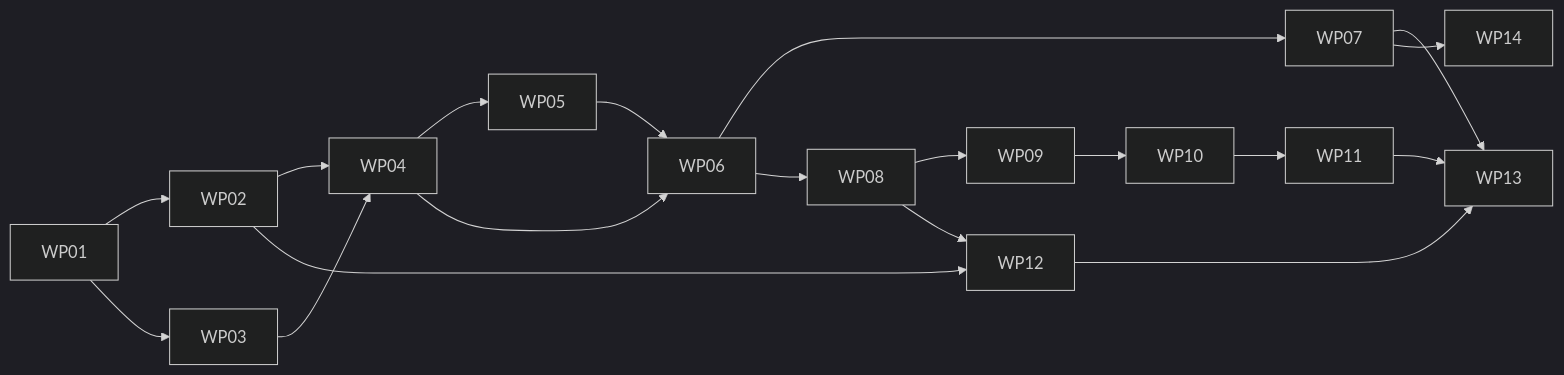
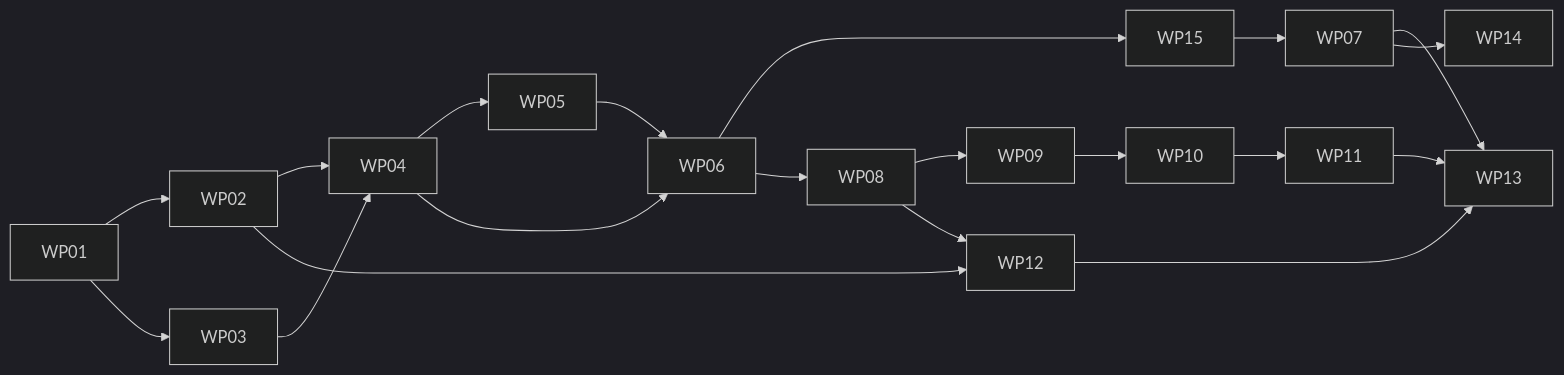
One commit to maxvandenhoven/imposter changed the diagram in docs/plans/README.md. Above: the diagram before and after it, drawn with Mermaid (dark theme). The commit also changed other lines of this file and 18 other files, not shown here.

First line of the commit message:
feat(orchestration): play the game as an adk graph workflow of phases (#22)

````diff
--- a/docs/plans/README.md
+++ b/docs/plans/README.md
@@ -194,11 +195,12 @@
 ```mermaid
 flowchart LR
   WP01 --> WP02 & WP03
   WP02 & WP03 --> WP04 --> WP05
   WP04 & WP05 --> WP06
-  WP06 --> WP07 & WP08
+  WP06 --> WP15 & WP08
+  WP15 --> WP07
   WP08 --> WP09 --> WP10 --> WP11
   WP02 & WP08 --> WP12
   WP07 & WP11 & WP12 --> WP13
   WP07 --> WP14
 ```
````
